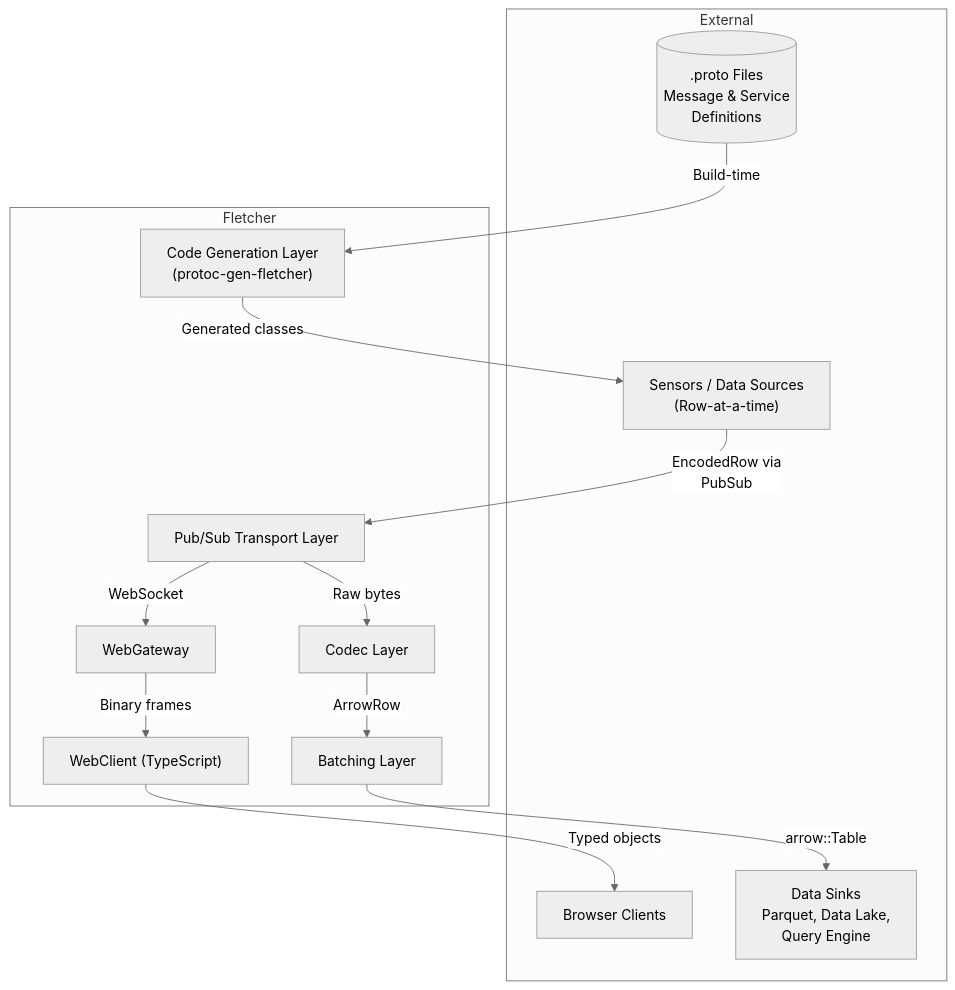
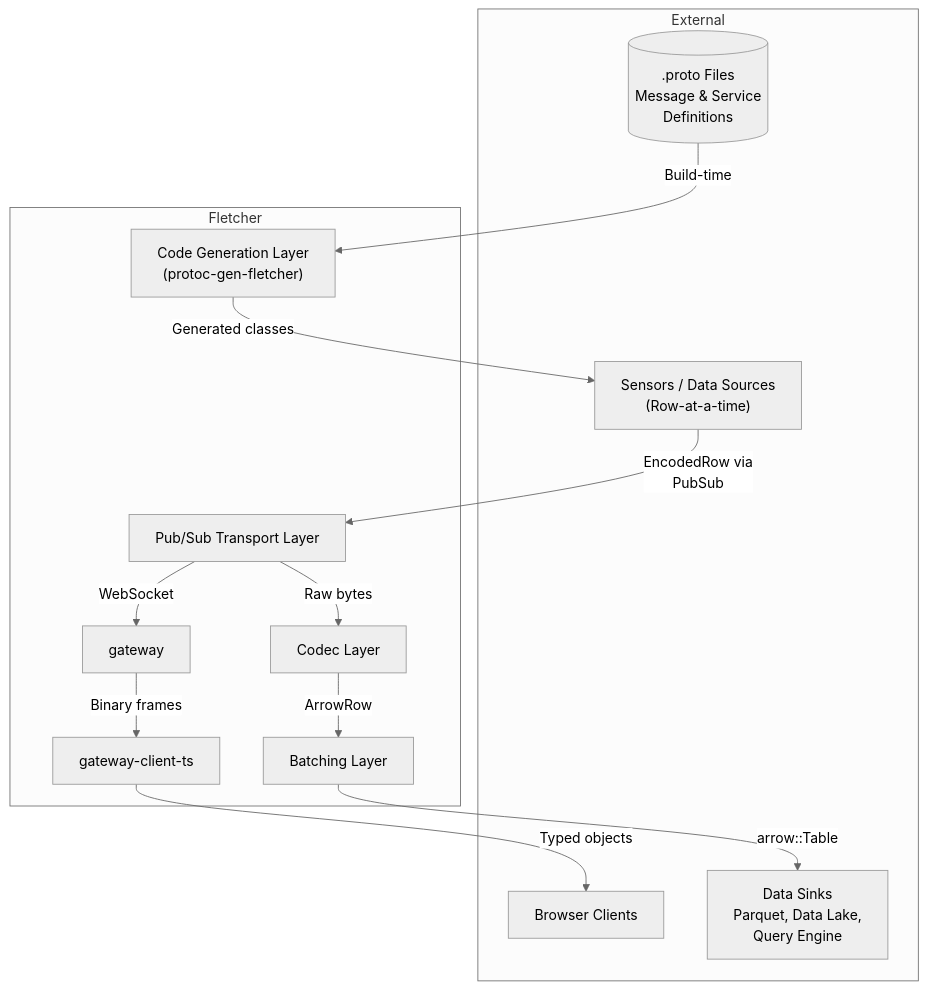
Before and after one commit to eivacom/Fletcher: the first of 5 diagrams in docs/component-diagram.md, drawn with Mermaid (neutral theme). The commit also changed other lines of this file and 5 other files, not shown here.

````diff
--- a/docs/component-diagram.md
+++ b/docs/component-diagram.md
@@ -9,28 +9,28 @@
 ```mermaid
 graph TB
     subgraph External
         PROTO[(".proto Files<br/>Message & Service<br/>Definitions")]
         SENSORS["Sensors / Data Sources<br/>(Row-at-a-time)"]
         BROWSERS["Browser Clients"]
         SINKS["Data Sinks<br/>Parquet, Data Lake,<br/>Query Engine"]
     end
 
     subgraph System ["Fletcher"]
         CODEGEN["Code Generation Layer<br/>(protoc-gen-fletcher)"]
         PUBSUB["Pub/Sub Transport Layer"]
         CODEC["Codec Layer"]
         BATCH["Batching Layer"]
-        WEBGW["WebGateway"]
-        WEBCL["WebClient (TypeScript)"]
+        WEBGW["gateway"]
+        WEBCL["gateway-client-ts"]
     end
 
     PROTO -->|Build-time| CODEGEN
     CODEGEN -->|Generated classes| SENSORS
     SENSORS -->|EncodedRow via<br/>PubSub| PUBSUB
     PUBSUB -->|Raw bytes| CODEC
     CODEC -->|ArrowRow| BATCH
     BATCH -->|arrow::Table| SINKS
     PUBSUB -->|WebSocket| WEBGW
     WEBGW -->|Binary frames| WEBCL
     WEBCL -->|Typed objects| BROWSERS
 ```
````
